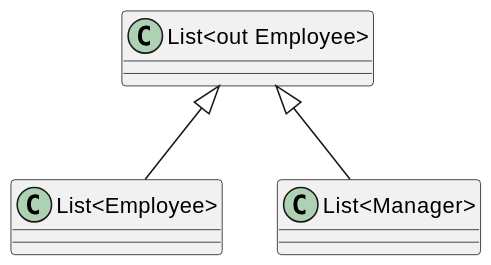
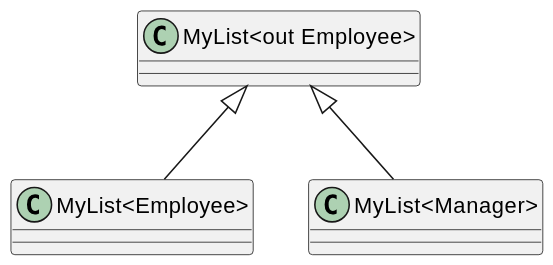
One commit to inponomarev/variance-lecture changed the eighth of 17 diagrams in src/main/asciidoc/lecture.adoc. Above: the diagram before and after it, drawn with PlantUML. The commit also changed other lines of this file, not shown here.

```diff
--- a/src/main/asciidoc/lecture.adoc
+++ b/src/main/asciidoc/lecture.adoc
@@ -1330,24 +1330,23 @@
 [plantuml, outext, png]
 ----
 @startuml
 
 skinparam dpi 150
 
-class "List<out Employee>" {
+class "MyList<out Employee>" {
 }
 
-
-class "List<Employee>" {
+class "MyList<Employee>" {
 
 }
 
-class "List<Manager>" {
+class "MyList<Manager>" {
 
 }
 
-"List<out Employee>" <|-- "List<Employee>"
+"MyList<out Employee>" <|-- "MyList<Employee>"
 
-"List<out Employee>" <|-- "List<Manager>"
+"MyList<out Employee>" <|-- "MyList<Manager>"
 
 @enduml
 ----
```
